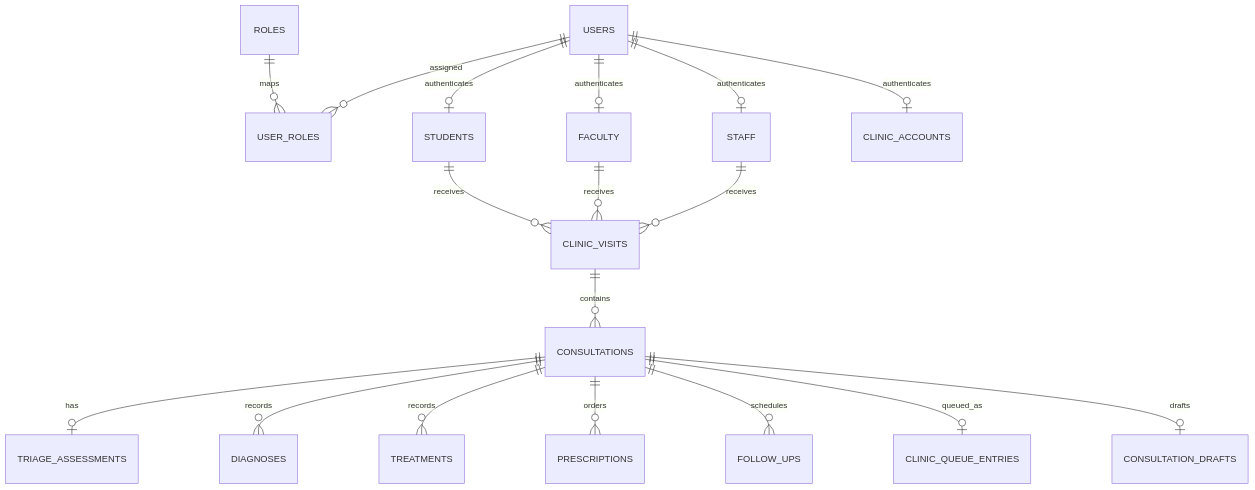
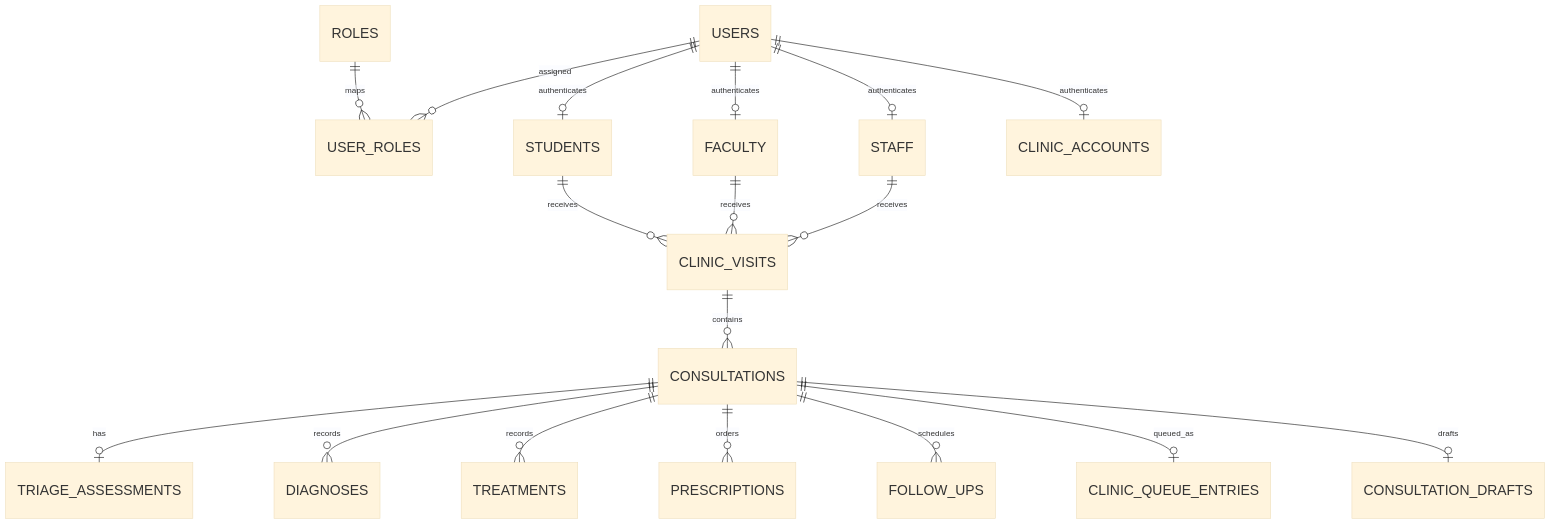
Before and after one commit to Tokise/Zentraq-backend: diagram 11 of 14 in docs/SOFTWARE_ARCHITECTURE_DOCUMENT.md, drawn with Mermaid. The commit also changed other lines of this file, not shown here.

````diff
--- a/docs/SOFTWARE_ARCHITECTURE_DOCUMENT.md
+++ b/docs/SOFTWARE_ARCHITECTURE_DOCUMENT.md
@@ -621,20 +789,33 @@
 ```mermaid
+---
+config:
+  theme: base
+  themeVariables:
+    fontSize: "24px"
+  flowchart:
+    nodeSpacing: 50
+    rankSpacing: 70
+  er:
+    fontSize: 24
+    layoutDirection: TB
+---
 erDiagram
+    direction TB
     USERS ||--o{ USER_ROLES : assigned
     ROLES ||--o{ USER_ROLES : maps
     USERS ||--o| STUDENTS : authenticates
     USERS ||--o| FACULTY : authenticates
     USERS ||--o| STAFF : authenticates
     USERS ||--o| CLINIC_ACCOUNTS : authenticates
     STUDENTS ||--o{ CLINIC_VISITS : receives
     FACULTY ||--o{ CLINIC_VISITS : receives
     STAFF ||--o{ CLINIC_VISITS : receives
     CLINIC_VISITS ||--o{ CONSULTATIONS : contains
     CONSULTATIONS ||--o| TRIAGE_ASSESSMENTS : has
     CONSULTATIONS ||--o{ DIAGNOSES : records
     CONSULTATIONS ||--o{ TREATMENTS : records
     CONSULTATIONS ||--o{ PRESCRIPTIONS : orders
     CONSULTATIONS ||--o{ FOLLOW_UPS : schedules
     CONSULTATIONS ||--o| CLINIC_QUEUE_ENTRIES : queued_as
     CONSULTATIONS ||--o| CONSULTATION_DRAFTS : drafts
 ```
````
